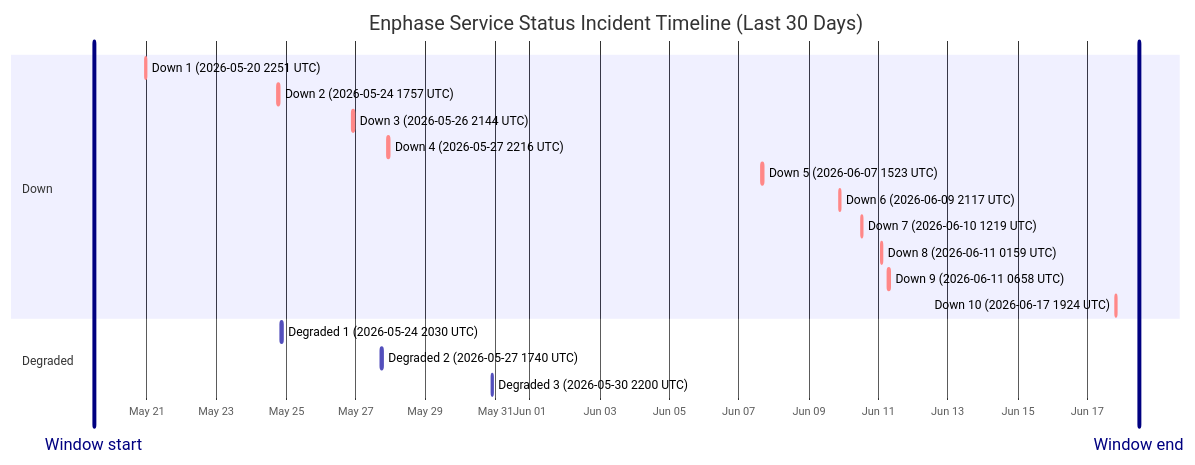
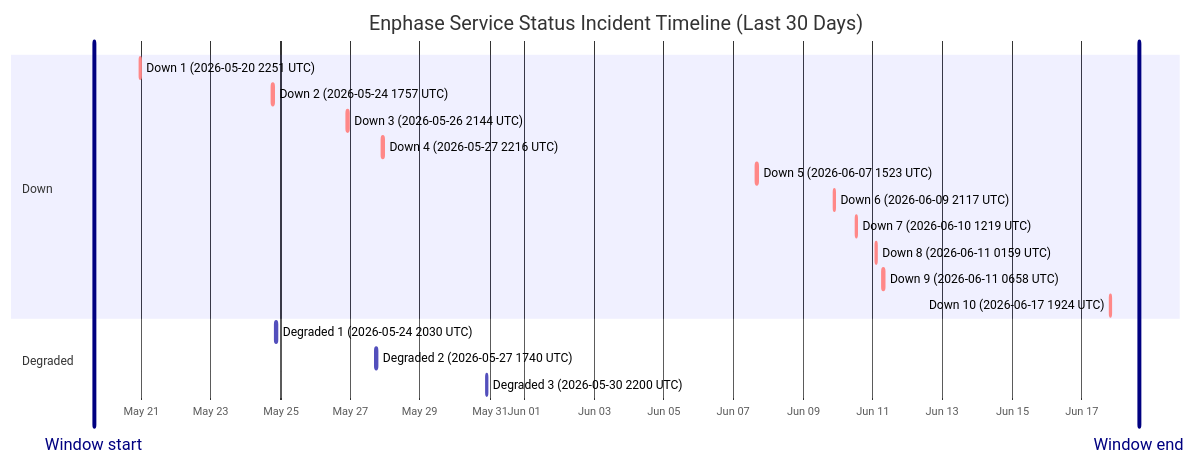
One commit to barneyonline/ha-enphase-energy changed the diagram in wiki/Service-Status-History.md. Above: the diagram before and after it, drawn with Mermaid. The commit also changed other lines of this file and 3 other files, not shown here.

````diff
--- a/wiki/Service-Status-History.md
+++ b/wiki/Service-Status-History.md
@@ -14,23 +14,23 @@
 ```mermaid
 gantt
     title Enphase Service Status Incident Timeline (Last 30 Days)
     dateFormat  YYYY-MM-DDTHH:mm:ss
     axisFormat  %b %d
-    Window start :vert, window-start, 2026-05-19T11:35:15, 0ms
-    Window end :vert, window-end, 2026-06-18T11:35:15, 0ms
+    Window start :vert, window-start, 2026-05-19T15:21:31, 0ms
+    Window end :vert, window-end, 2026-06-18T15:21:31, 0ms
     section Down
     Down 1 (2026-05-20 2251 UTC) :crit, down-1, 2026-05-20T22:51:14, 75m
     Down 2 (2026-05-24 1757 UTC) :crit, down-2, 2026-05-24T17:57:41, 86m
     Down 3 (2026-05-26 2144 UTC) :crit, down-3, 2026-05-26T21:44:11, 85m
     Down 4 (2026-05-27 2216 UTC) :crit, down-4, 2026-05-27T22:16:53, 87m
     Down 5 (2026-06-07 1523 UTC) :crit, down-5, 2026-06-07T15:23:22, 87m
     Down 6 (2026-06-09 2117 UTC) :crit, down-6, 2026-06-09T21:17:17, 60m
     Down 7 (2026-06-10 1219 UTC) :crit, down-7, 2026-06-10T12:19:21, 60m
     Down 8 (2026-06-11 0159 UTC) :crit, down-8, 2026-06-11T01:59:36, 60m
     Down 9 (2026-06-11 0658 UTC) :crit, down-9, 2026-06-11T06:58:45, 60m
     Down 10 (2026-06-17 1924 UTC) :crit, down-10, 2026-06-17T19:24:51, 60m
     section Degraded
     Degraded 1 (2026-05-24 2030 UTC) :active, degraded-1, 2026-05-24T20:30:57, 84m
     Degraded 2 (2026-05-27 1740 UTC) :active, degraded-2, 2026-05-27T17:40:52, 60m
     Degraded 3 (2026-05-30 2200 UTC) :active, degraded-3, 2026-05-30T22:00:37, 60m
 ```
````
